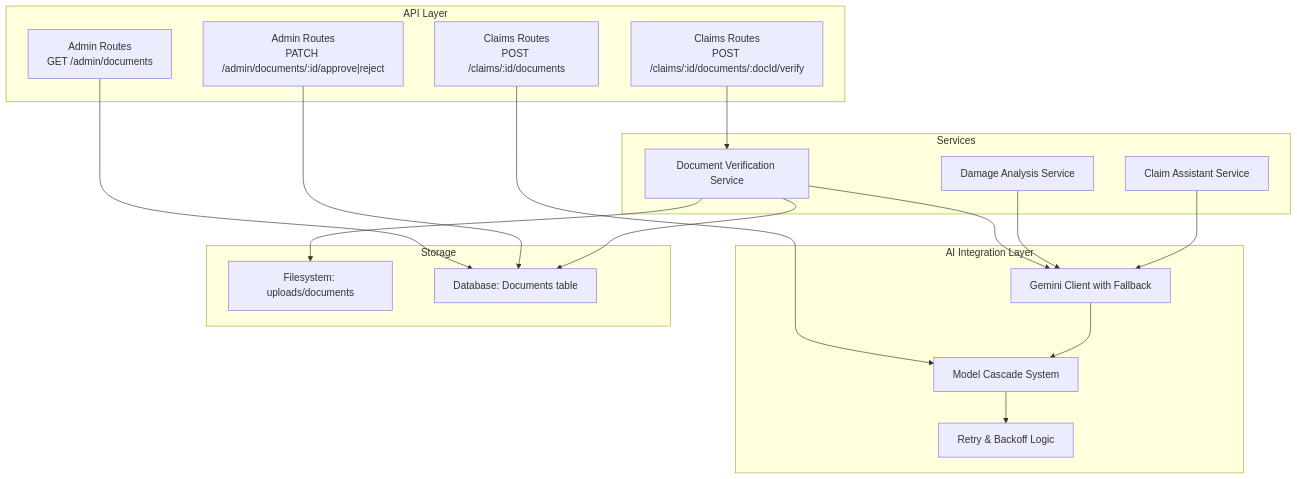
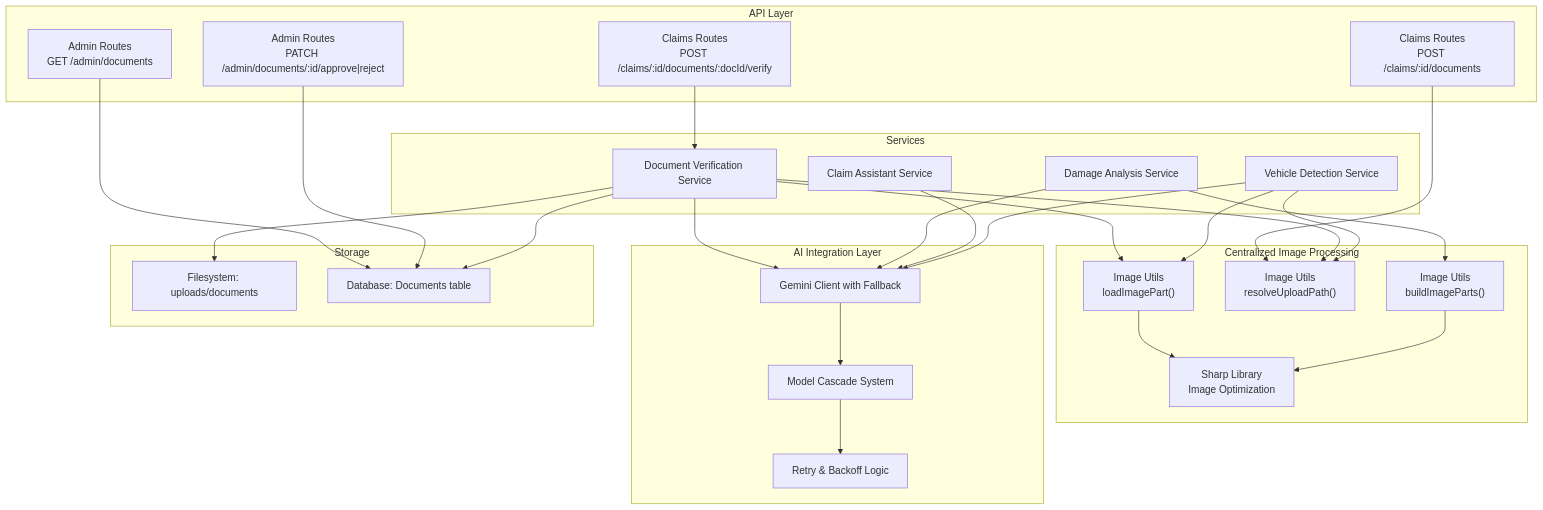
Before and after one commit to NaveenHiranya/Smart-Vehicle-Insurance-Claim-System: the first of 5 diagrams in .qoder/repowiki/en/content/AI Services Integration/Document Verification Service.md, drawn with Mermaid. The commit also changed other lines of this file and 33 other files, not shown here.

````diff
--- a/.qoder/repowiki/en/content/AI Services Integration/Document Verification Service.md
+++ b/.qoder/repowiki/en/content/AI Services Integration/Document Verification Service.md
@@ -42,34 +44,49 @@
 ```mermaid
 graph TB
 subgraph "API Layer"
 R1["Claims Routes<br/>POST /claims/:id/documents"]
 R2["Claims Routes<br/>POST /claims/:id/documents/:docId/verify"]
 R3["Admin Routes<br/>GET /admin/documents"]
 R4["Admin Routes<br/>PATCH /admin/documents/:id/approve|reject"]
 end
 subgraph "Services"
 S1["Document Verification Service"]
 S2["Damage Analysis Service"]
 S3["Claim Assistant Service"]
+S4["Vehicle Detection Service"]
+end
+subgraph "Centralized Image Processing"
+U1["Image Utils<br/>loadImagePart()"]
+U2["Image Utils<br/>resolveUploadPath()"]
+U3["Image Utils<br/>buildImageParts()"]
+U4["Sharp Library<br/>Image Optimization"]
 end
 subgraph "AI Integration Layer"
-U1["Gemini Client with Fallback"]
-U2["Model Cascade System"]
-U3["Retry & Backoff Logic"]
+U5["Gemini Client with Fallback"]
+U6["Model Cascade System"]
+U7["Retry & Backoff Logic"]
 end
 subgraph "Storage"
 F1["Filesystem: uploads/documents"]
 D1["Database: Documents table"]
 end
 R1 --> U2
 R2 --> S1
 R3 --> D1
 R4 --> D1
 S1 --> U1
-S2 --> U1
-S3 --> U1
+S1 --> U2
+S2 --> U3
+S4 --> U1
+S4 --> U2
+S1 --> U5
+S2 --> U5
+S3 --> U5
+S4 --> U5
 S1 --> F1
 S1 --> D1
-U1 --> U2
-U2 --> U3
+U1 --> U4
+U3 --> U4
+U5 --> U6
+U6 --> U7
 ```
````
